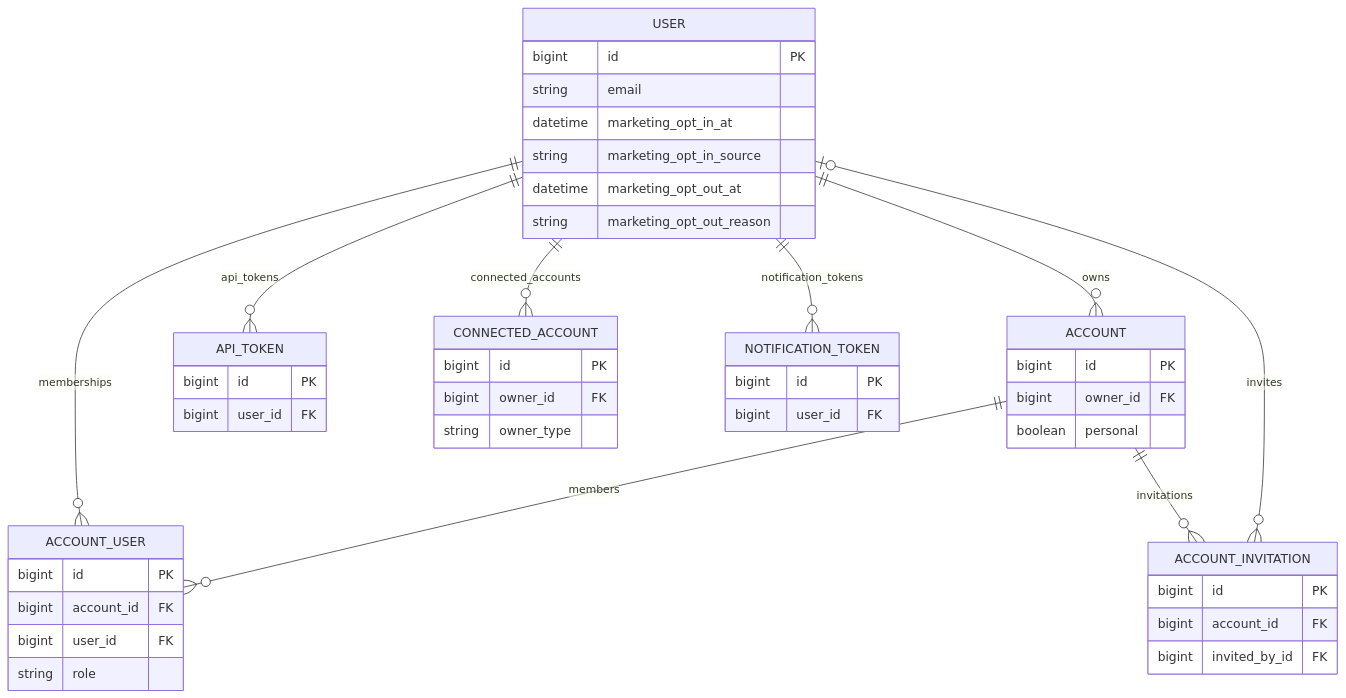
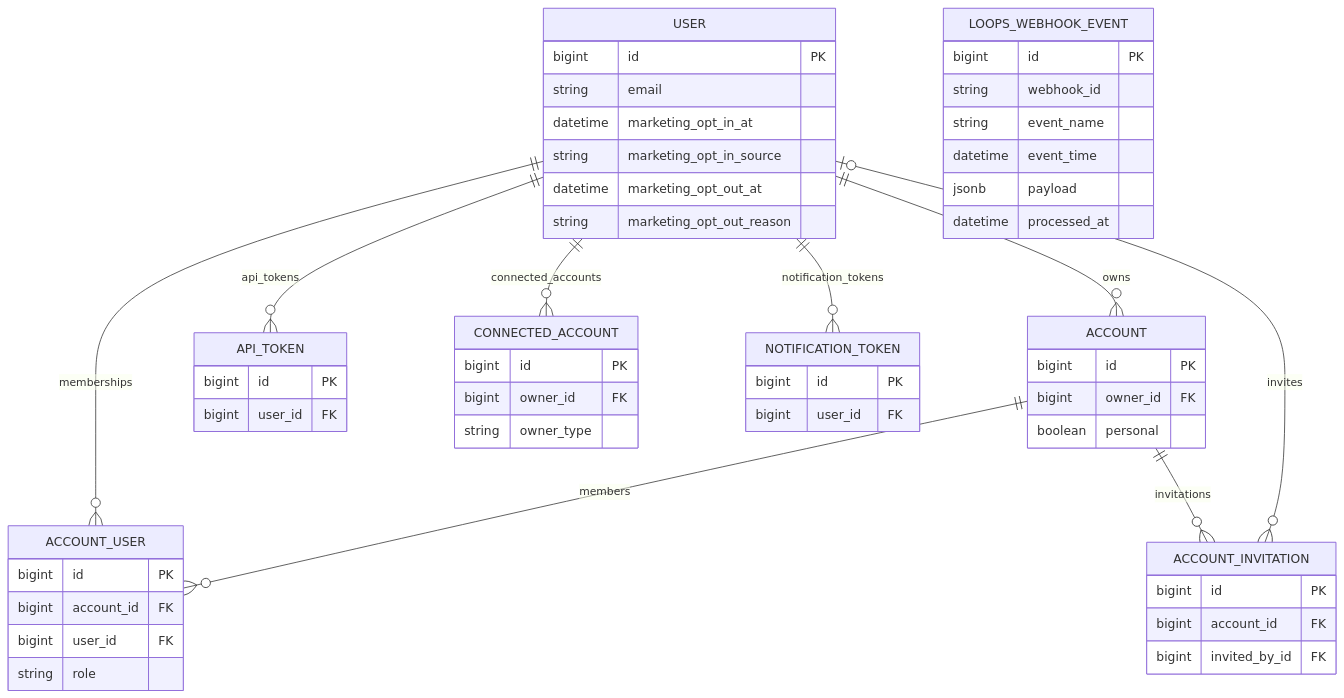
Before and after one commit to jrdnbwmn/cove: the diagram in docs/architecture/data-model.mermaid, drawn with Mermaid. The commit also changed 28 other files, not shown here.

First line of the commit message:
[COV-52] Loops unsubscribe and suppression webhook (#58)

```diff
--- a/docs/architecture/data-model.mermaid
+++ b/docs/architecture/data-model.mermaid
@@ -1,56 +1,70 @@
 erDiagram
   USER {
     bigint id PK
     string email
     datetime marketing_opt_in_at
     string marketing_opt_in_source
     datetime marketing_opt_out_at
     string marketing_opt_out_reason
   }
 
   ACCOUNT {
     bigint id PK
     bigint owner_id FK
     boolean personal
   }
 
   ACCOUNT_USER {
     bigint id PK
     bigint account_id FK
     bigint user_id FK
     string role
   }
 
   ACCOUNT_INVITATION {
     bigint id PK
     bigint account_id FK
     bigint invited_by_id FK
   }
 
   API_TOKEN {
     bigint id PK
     bigint user_id FK
   }
 
   CONNECTED_ACCOUNT {
     bigint id PK
     bigint owner_id FK
     string owner_type
   }
 
   NOTIFICATION_TOKEN {
     bigint id PK
     bigint user_id FK
   }
 
+  LOOPS_WEBHOOK_EVENT {
+    bigint id PK
+    string webhook_id
+    string event_name
+    datetime event_time
+    jsonb payload
+    datetime processed_at
+  }
+
   USER ||--o{ ACCOUNT_USER : memberships
   ACCOUNT ||--o{ ACCOUNT_USER : members
   USER ||--o{ ACCOUNT : owns
   ACCOUNT ||--o{ ACCOUNT_INVITATION : invitations
   USER o|--o{ ACCOUNT_INVITATION : invites
   USER ||--o{ API_TOKEN : api_tokens
   USER ||--o{ CONNECTED_ACCOUNT : connected_accounts
   USER ||--o{ NOTIFICATION_TOKEN : notification_tokens
 
   %% MarketingConsent is a User concern. Consent state is stored on users,
   %% rather than in a separate record, to keep one current preference per user.
+
+  %% LOOPS_WEBHOOK_EVENT has no FK to USER: LoopsWebhookEventProcessor
+  %% resolves the user from the payload's contactIdentity (userId/email) at
+  %% processing time, not via a stored association. webhook_id is uniquely
+  %% indexed for replay dedupe (30-day retention outlives Loops' 24h retries).
```
